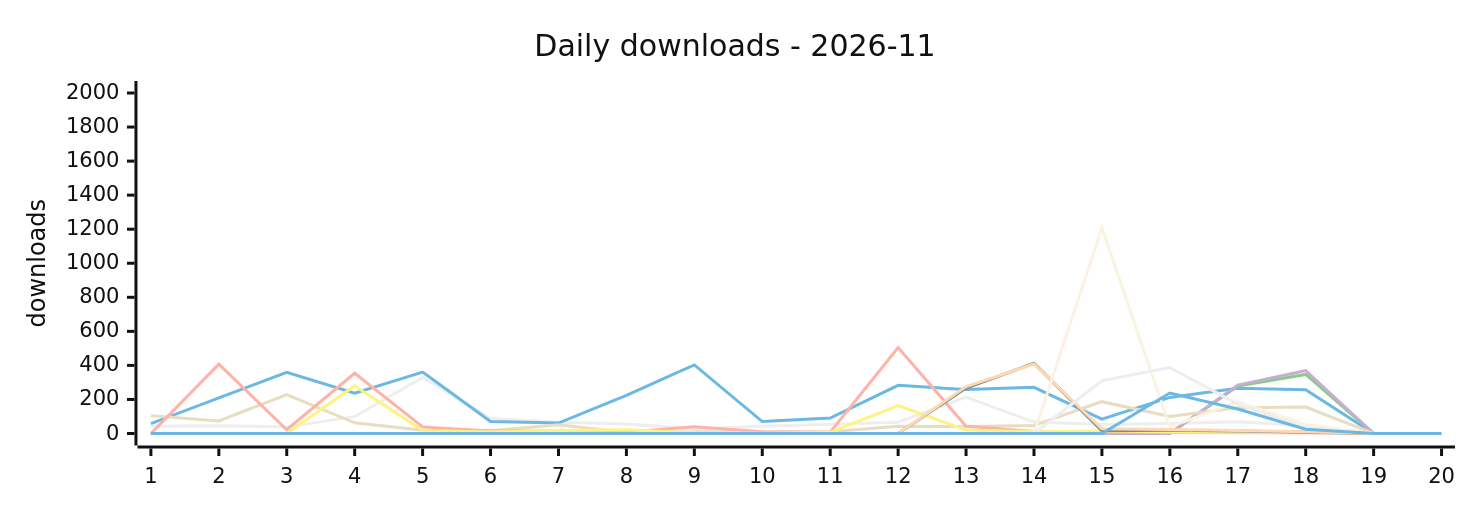
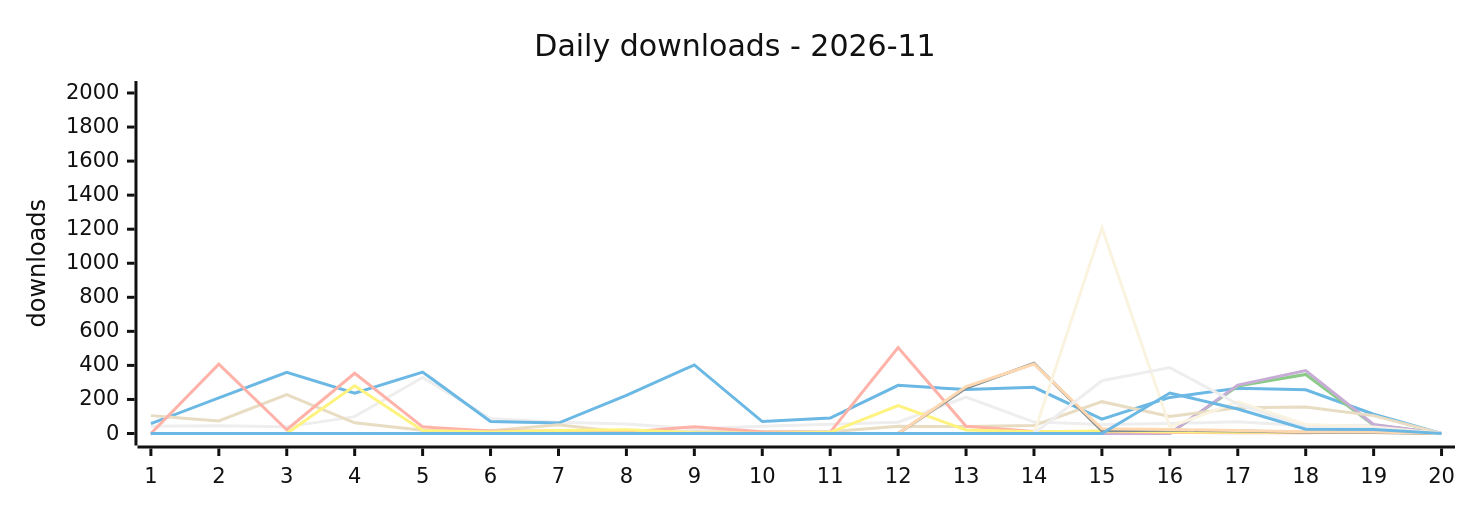
Before and after one commit to terry2010/npm-downloads-tracker: the first of 2 diagrams in DASHBOARD.md, drawn with Mermaid (neutral theme). The commit also changed other lines of this file and 1 other file, not shown here.

````diff
--- a/DASHBOARD.md
+++ b/DASHBOARD.md
@@ -43,19 +43,19 @@
 ```mermaid
 %%{init: {'xyChart': {'width': 960, 'height': 320}}}%%
 xychart-beta
     title "Daily downloads - 2026-11"
     x-axis ["1", "2", "3", "4", "5", "6", "7", "8", "9", "10", "11", "12", "13", "14", "15", "16", "17", "18", "19", "20"]
     y-axis "downloads" 0 --> 2000
-    line "dsh-loop-recover" [43, 46, 39, 99, 329, 88, 66, 56, 27, 42, 54, 66, 214, 67, 53, 59, 69, 46, 0, 0]
-    line "dsh-rss-news-daily" [58, 209, 359, 237, 361, 70, 61, 224, 403, 70, 91, 283, 258, 271, 84, 212, 266, 257, 0, 0]
-    line "dsh-rss-news-flash-kuaixun" [0, 0, 0, 0, 0, 0, 0, 0, 0, 0, 0, 0, 0, 0, 0, 0, 279, 347, 0, 0]
-    line "dsh-rss-news-browser-fetch" [0, 0, 0, 0, 0, 0, 0, 0, 0, 0, 0, 0, 0, 0, 0, 0, 284, 370, 0, 0]
-    line "opencode-loop-recover" [105, 74, 228, 63, 19, 16, 52, 6, 10, 11, 10, 43, 41, 47, 187, 100, 151, 155, 0, 0]
-    line "oc-market-quail-zephyr-72a0" [0, 407, 22, 354, 39, 14, 15, 7, 40, 10, 8, 505, 43, 12, 11, 6, 5, 5, 0, 0]
-    line "awesome-opencode-market" [0, 0, 0, 280, 17, 9, 17, 22, 4, 1, 7, 164, 21, 10, 15, 10, 7, 8, 0, 0]
-    line "surfbird" [0, 0, 0, 0, 0, 0, 0, 0, 0, 0, 0, 0, 267, 412, 16, 19, 15, 8, 0, 0]
-    line "surfbird-mcp" [0, 0, 0, 0, 0, 0, 0, 0, 0, 0, 0, 0, 276, 408, 28, 23, 18, 10, 0, 0]
-    line "dsh-control-surfbird-for-kitesurf" [0, 0, 0, 0, 0, 0, 0, 0, 0, 0, 0, 0, 0, 0, 1209, 39, 186, 53, 0, 0]
-    line "opencode-control-surfbird-for-kitesurf" [0, 0, 0, 0, 0, 0, 0, 0, 0, 0, 0, 0, 0, 0, 310, 387, 173, 34, 0, 0]
-    line "pi-control-surfbird-for-kitesurf" [0, 0, 0, 0, 0, 0, 0, 0, 0, 0, 0, 0, 0, 0, 0, 238, 144, 25, 0, 0]
+    line "dsh-loop-recover" [43, 46, 39, 99, 329, 88, 66, 56, 27, 42, 54, 66, 214, 67, 53, 59, 69, 46, 48, 0]
+    line "dsh-rss-news-daily" [58, 209, 359, 237, 361, 70, 61, 224, 403, 70, 91, 283, 258, 271, 84, 212, 266, 257, 113, 0]
+    line "dsh-rss-news-flash-kuaixun" [0, 0, 0, 0, 0, 0, 0, 0, 0, 0, 0, 0, 0, 0, 0, 0, 279, 347, 50, 0]
+    line "dsh-rss-news-browser-fetch" [0, 0, 0, 0, 0, 0, 0, 0, 0, 0, 0, 0, 0, 0, 0, 0, 284, 370, 53, 0]
+    line "opencode-loop-recover" [105, 74, 228, 63, 19, 16, 52, 6, 10, 11, 10, 43, 41, 47, 187, 100, 151, 155, 105, 0]
+    line "oc-market-quail-zephyr-72a0" [0, 407, 22, 354, 39, 14, 15, 7, 40, 10, 8, 505, 43, 12, 11, 6, 5, 5, 9, 0]
+    line "awesome-opencode-market" [0, 0, 0, 280, 17, 9, 17, 22, 4, 1, 7, 164, 21, 10, 15, 10, 7, 8, 11, 0]
+    line "surfbird" [0, 0, 0, 0, 0, 0, 0, 0, 0, 0, 0, 0, 267, 412, 16, 19, 15, 8, 6, 0]
+    line "surfbird-mcp" [0, 0, 0, 0, 0, 0, 0, 0, 0, 0, 0, 0, 276, 408, 28, 23, 18, 10, 9, 0]
+    line "dsh-control-surfbird-for-kitesurf" [0, 0, 0, 0, 0, 0, 0, 0, 0, 0, 0, 0, 0, 0, 1209, 39, 186, 53, 38, 0]
+    line "opencode-control-surfbird-for-kitesurf" [0, 0, 0, 0, 0, 0, 0, 0, 0, 0, 0, 0, 0, 0, 310, 387, 173, 34, 30, 0]
+    line "pi-control-surfbird-for-kitesurf" [0, 0, 0, 0, 0, 0, 0, 0, 0, 0, 0, 0, 0, 0, 0, 238, 144, 25, 24, 0]
 ```
````
